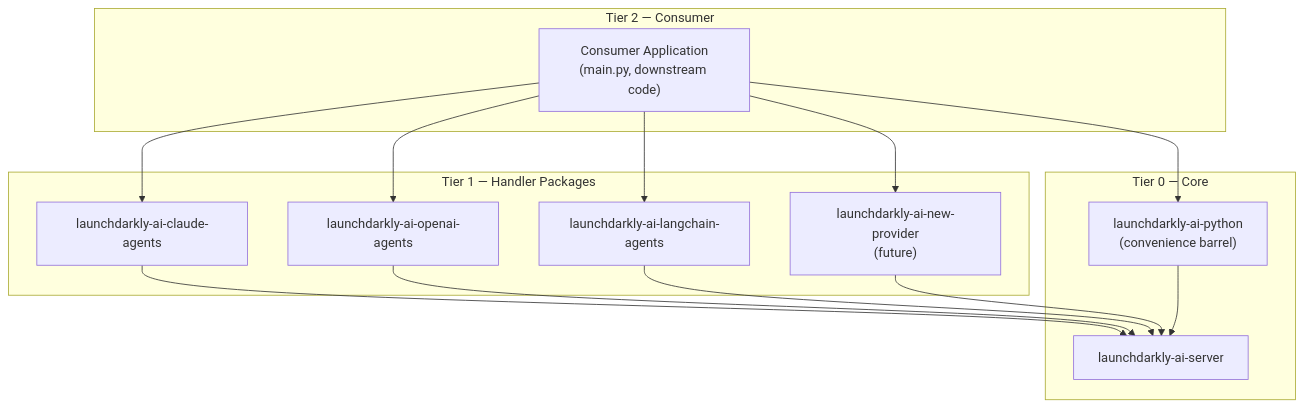
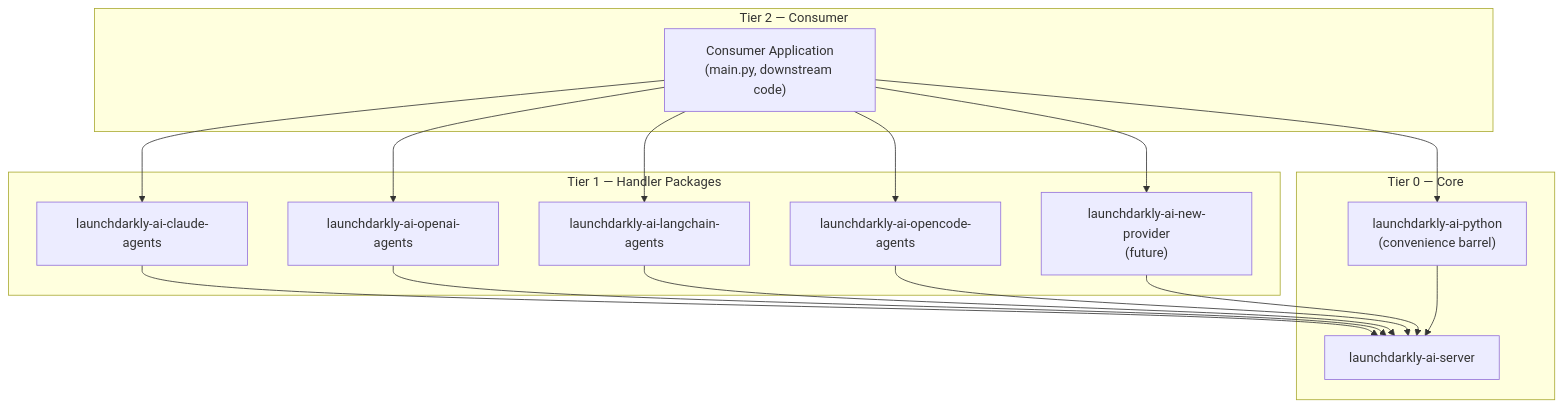
One commit to launchdarkly/python-ai-sdk changed the diagram in AGENTS.md. Above: the diagram before and after it, drawn with Mermaid. The commit also changed other lines of this file and 18 other files, not shown here.

First line of the commit message:
feat(opencode-agents): add an OpenCode handler (#159)

````diff
--- a/AGENTS.md
+++ b/AGENTS.md
@@ -93,27 +93,30 @@
 ```mermaid
 graph TD
  subgraph tier2 ["Tier 2 — Consumer"]
   app["Consumer Application\n(main.py, downstream code)"]
  end
  subgraph tier1 ["Tier 1 — Handler Packages"]
   claude["launchdarkly-ai-claude-agents"]
   openai["launchdarkly-ai-openai-agents"]
   langchain["launchdarkly-ai-langchain-agents"]
+  opencode["launchdarkly-ai-opencode-agents"]
   newHandler["launchdarkly-ai-new-provider\n(future)"]
  end
  subgraph tier0 ["Tier 0 — Core"]
   ai["launchdarkly-ai-python\n(convenience barrel)"]
   client["launchdarkly-ai-server"]
  end
 
  app --> claude
  app --> openai
  app --> langchain
+ app --> opencode
  app --> newHandler
  app --> ai
  claude --> client
  openai --> client
  langchain --> client
+ opencode --> client
  newHandler --> client
  ai --> client
 ```
````
